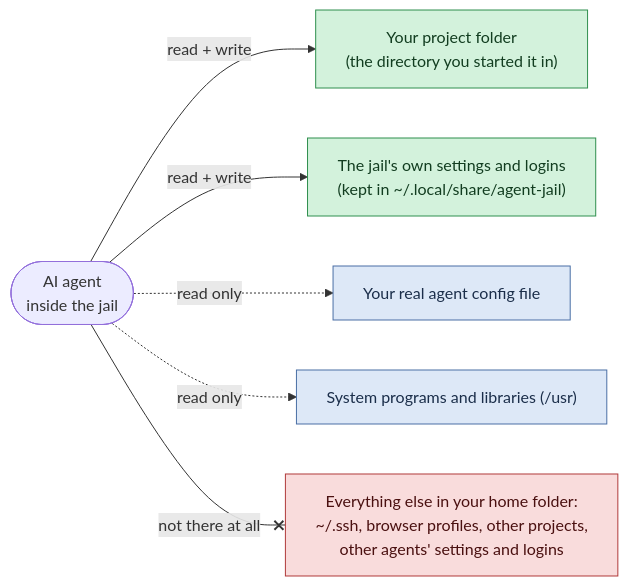
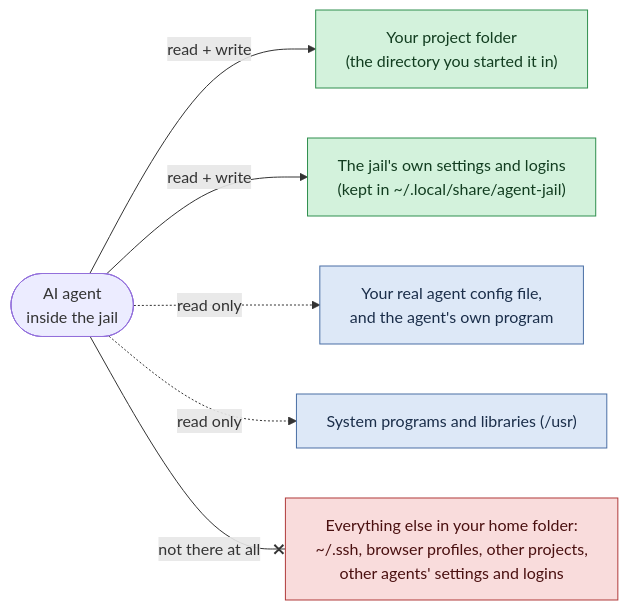
Before and after one commit to jackbelmore/agent-jail: the first of 4 diagrams in README.md, drawn with Mermaid. The commit also changed other lines of this file and 3 other files, not shown here.

````diff
--- a/README.md
+++ b/README.md
@@ -51,16 +134,16 @@
 ```mermaid
 %%{init: {"flowchart": {"wrappingWidth": 330}}}%%
 flowchart LR
     agent(["AI agent<br/>inside the jail"])
     agent -- "read + write" --> proj["Your project folder<br/>(the directory you started it in)"]
     agent -- "read + write" --> state["The jail's own settings and logins<br/>(kept in ~/.local/share/agent-jail)"]
-    agent -. "read only" .-> cfg["Your real agent config file"]
+    agent -. "read only" .-> cfg["Your real agent config file,<br/>and the agent's own program"]
     agent -. "read only" .-> usr["System programs and libraries (/usr)"]
     agent -- "not there at all" --x rest["Everything else in your home folder:<br/>~/.ssh, browser profiles, other projects,<br/>other agents' settings and logins"]
     classDef ok fill:#d3f2dc,stroke:#2f8f4e,color:#123d20
     classDef ro fill:#dde8f7,stroke:#4a6fa5,color:#1b2e4a
     classDef no fill:#f9dcdc,stroke:#b03a3a,color:#4a1010
     class proj,state ok
     class cfg,usr ro
     class rest no
 ```
````
